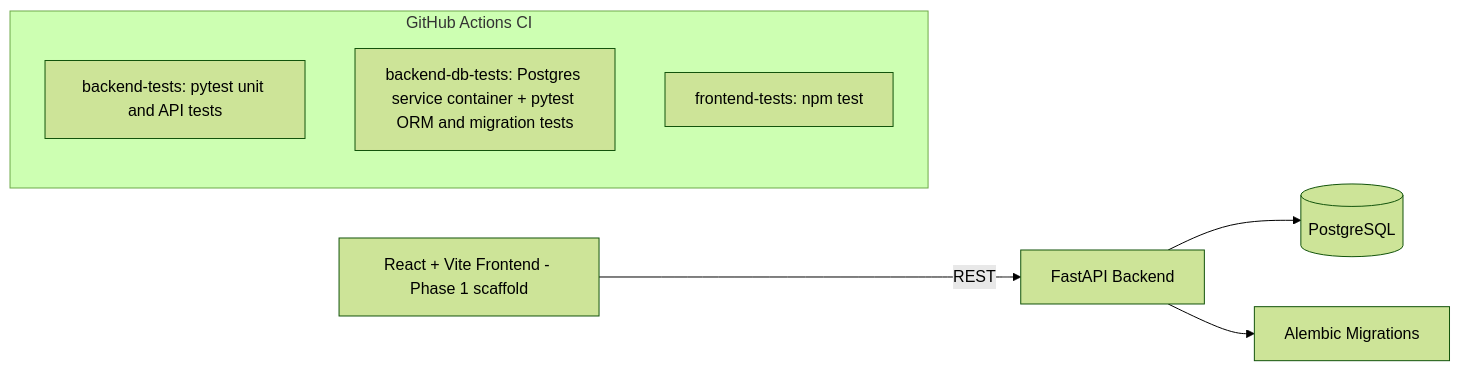
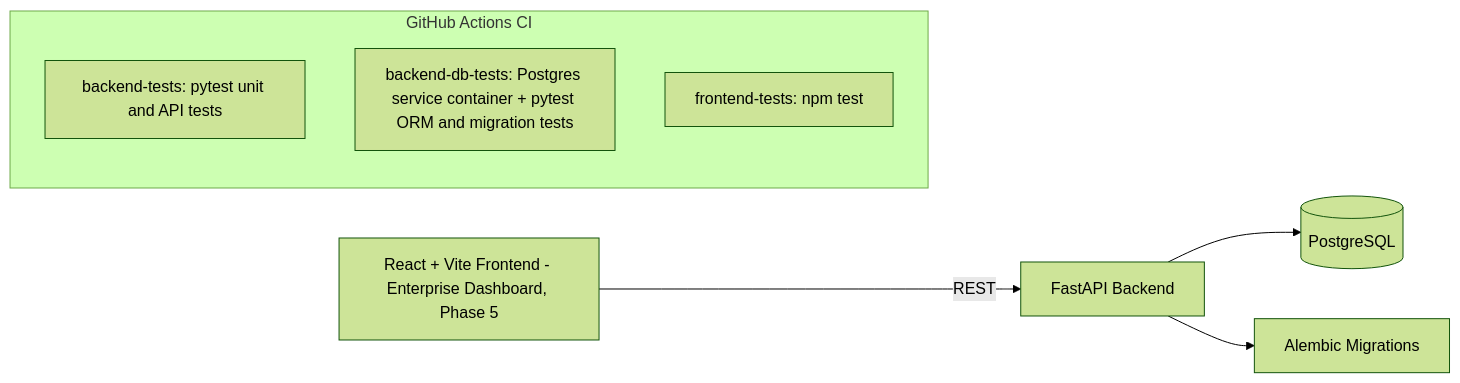
The diagram in README.md (kamjula/roboops-platform), drawn with Mermaid (forest theme) before and after one commit. The commit also changed other lines of this file, not shown here.

Commit message:
docs: update roadmap after Phase 5 dashboard (#5)

````diff
--- a/README.md
+++ b/README.md
@@ -23,11 +27,11 @@
 ```mermaid
 flowchart LR
-    A[React + Vite Frontend - Phase 1 scaffold] -->|REST| B[FastAPI Backend]
+    A[React + Vite Frontend - Enterprise Dashboard, Phase 5] -->|REST| B[FastAPI Backend]
     B --> C[(PostgreSQL)]
     B --> D[Alembic Migrations]
     subgraph CI [GitHub Actions CI]
         E1[backend-tests: pytest unit and API tests]
         E2[backend-db-tests: Postgres service container + pytest ORM and migration tests]
         E3[frontend-tests: npm test]
     end
 ```
````
